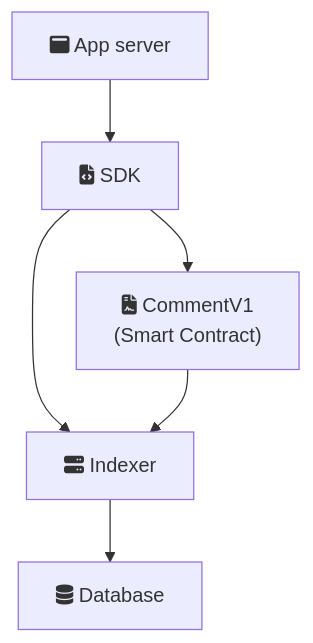
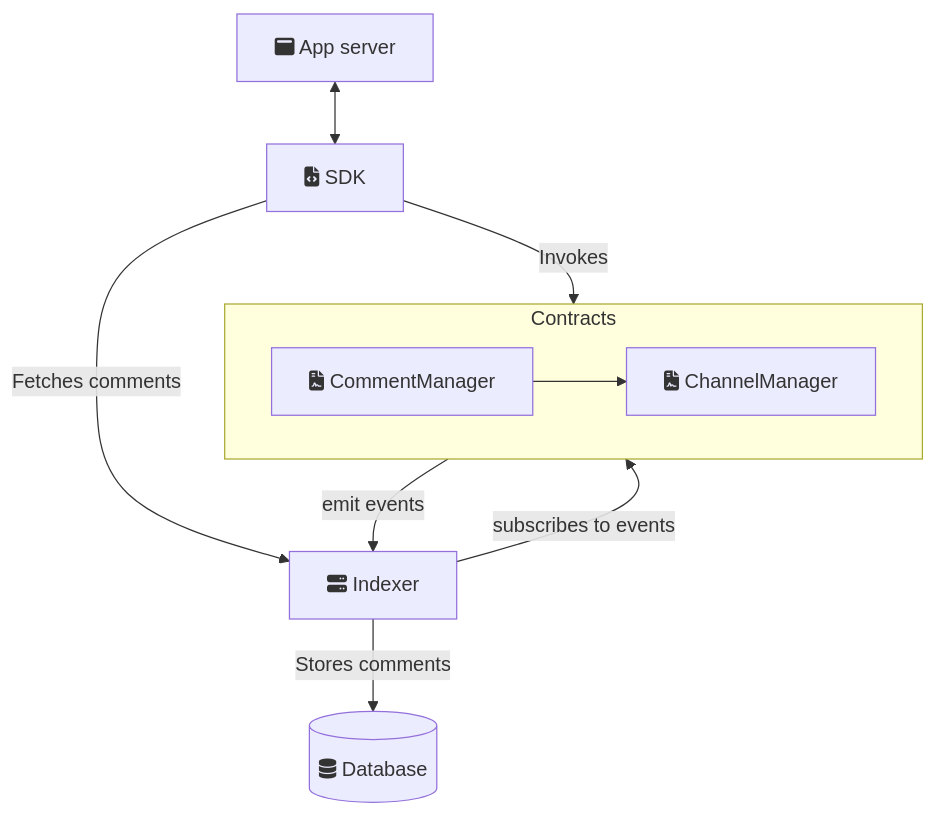
One commit to ecp-eth/comments-monorepo changed the diagram in docs/pages/architecture-overview.mdx. Above: the diagram before and after it, drawn with Mermaid. The commit also changed other lines of this file and 192 other files, not shown here.

````diff
--- a/docs/pages/architecture-overview.mdx
+++ b/docs/pages/architecture-overview.mdx
@@ -7,8 +7,20 @@
 ```mermaid
 graph TD
-    A[fa:fa-window-maximize App server] --> B["fa:fa-file-code SDK"]
-    B --> C["fa:fa-file-contract CommentV1\n(Smart Contract)"]
-    B --> D[fa:fa-server Indexer]
-    D --> E[fa:fa-database Database]
-    C --> D
+    AppServer[fa:fa-window-maximize App server]
+    SDK["fa:fa-file-code SDK"]
+    Contracts["fa:fa-file-contract Contracts\n"]
+    Indexer[fa:fa-server Indexer]
+    Indexer[fa:fa-server Indexer]
+    Database@{ shape: cyl, label: "fa:fa-database Database" }
+
+    AppServer <--> SDK
+    SDK -->|Invokes| Contracts
+    SDK -->|Fetches comments| Indexer
+    Indexer -->|Stores comments| Database
+    Contracts -->|emit events| Indexer
+    Indexer -->|subscribes to events| Contracts
+
+    subgraph "Contracts"
+        CommentManager[fa:fa-file-contract CommentManager] --> ChannelManager[fa:fa-file-contract ChannelManager]
+    end
 ```
````
